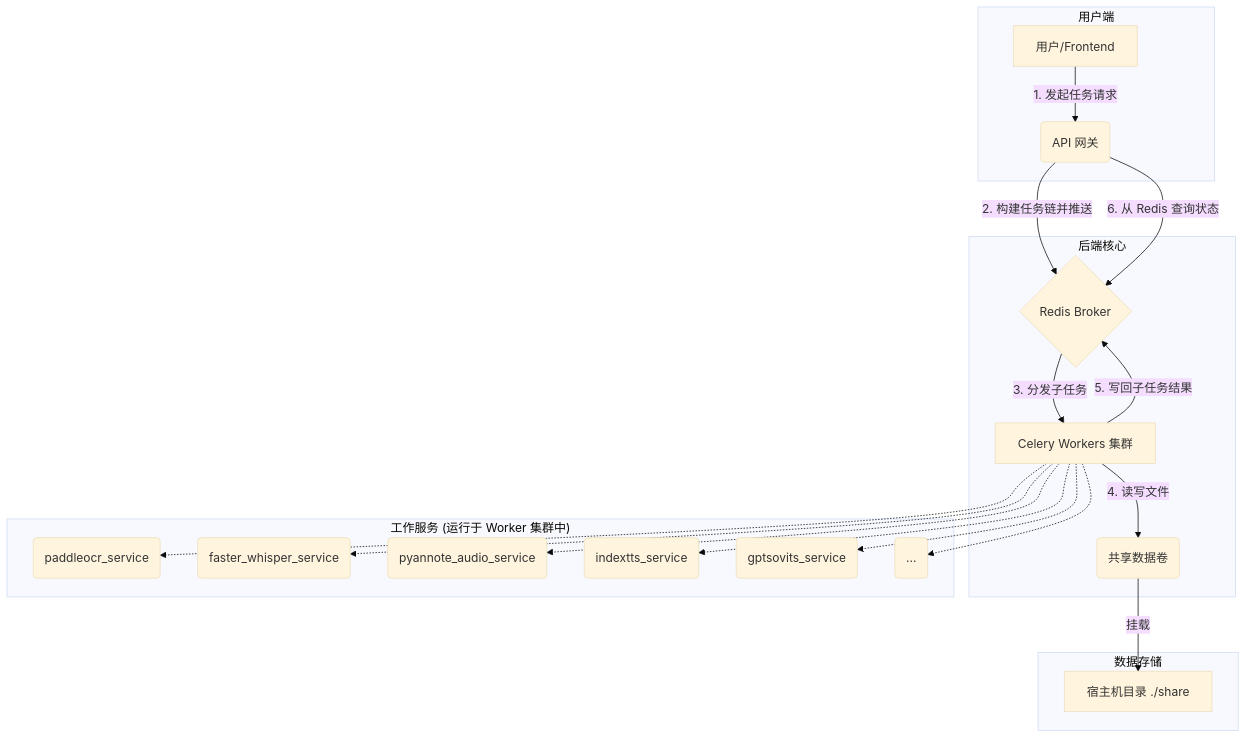
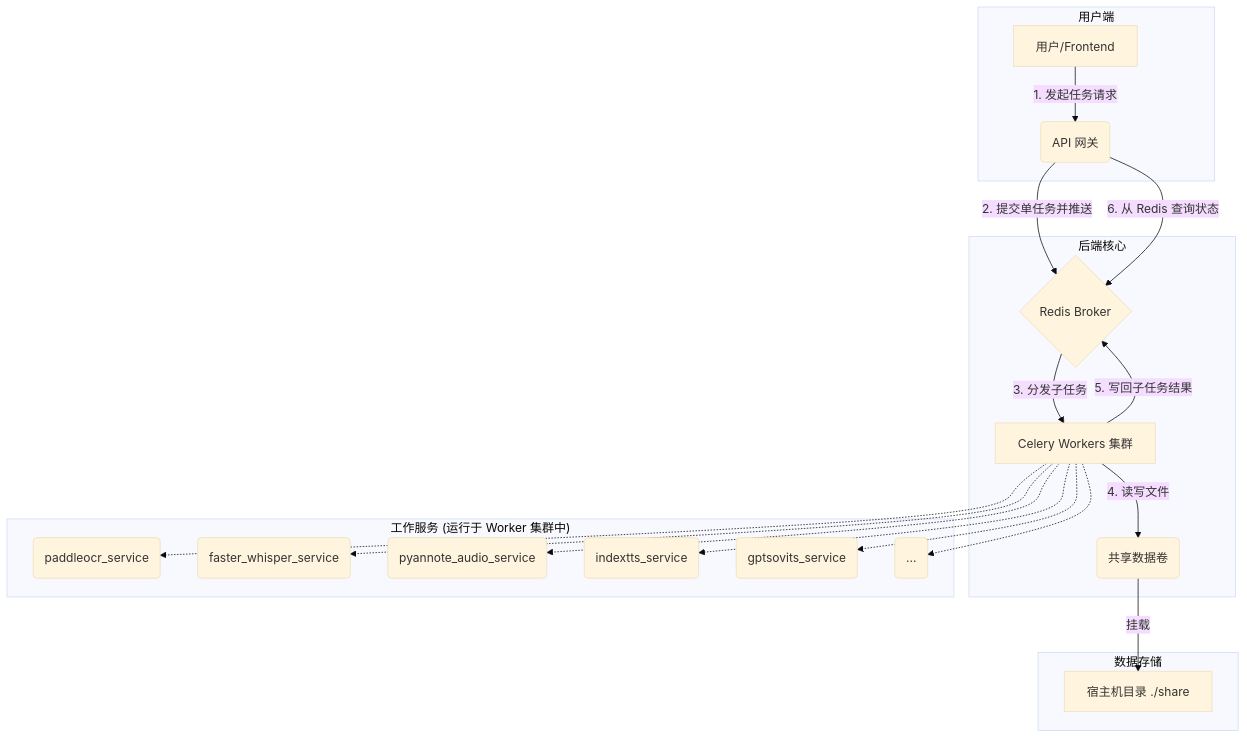
The diagram in docs/product/SDD.md (wionch/YiVideo), drawn with Mermaid (base theme) before and after one commit. The commit also changed other lines of this file and 3 other files, not shown here.

````diff
--- a/docs/product/SDD.md
+++ b/docs/product/SDD.md
@@ -17,34 +17,34 @@
 ```mermaid
 graph TD
     subgraph "用户端"
         A[用户/Frontend] -->|1. 发起任务请求| B(API 网关);
     end
 
     subgraph "后端核心"
-        B -->|2. 构建任务链并推送| C{Redis Broker};
+        B -->|2. 提交单任务并推送| C{Redis Broker};
         C -->|3. 分发子任务| E[Celery Workers 集群];
         E -->|4. 读写文件| F(共享数据卷);
         E -->|5. 写回子任务结果| C;
         B -->|6. 从 Redis 查询状态| C;
     end
 
     subgraph "工作服务 (运行于 Worker 集群中)"
         W2(paddleocr_service)
         W3(faster_whisper_service)
         W4(pyannote_audio_service)
         W5(inpainting_service)
         W5(indextts_service)
         W6(gptsovits_service)
         W7(...)
         E -.-> W2;
         E -.-> W3;
         E -.-> W4;
         E -.-> W5;
         E -.-> W6;
         E -.-> W7;
     end
 
     subgraph "数据存储"
         F -- 挂载 --> G[宿主机目录 ./share];
     end
 ```
````
